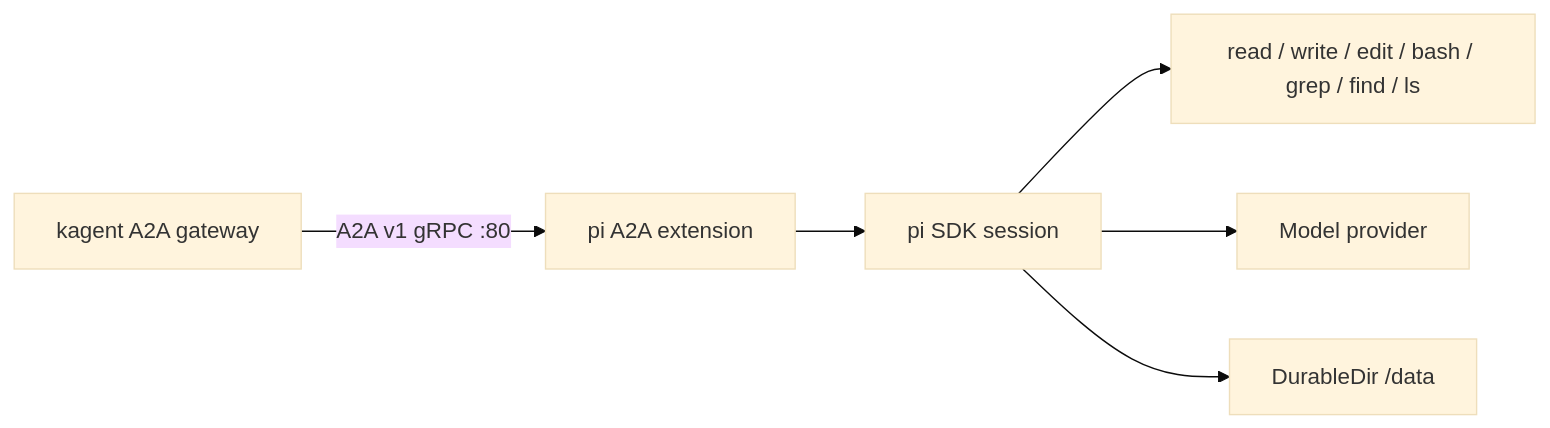
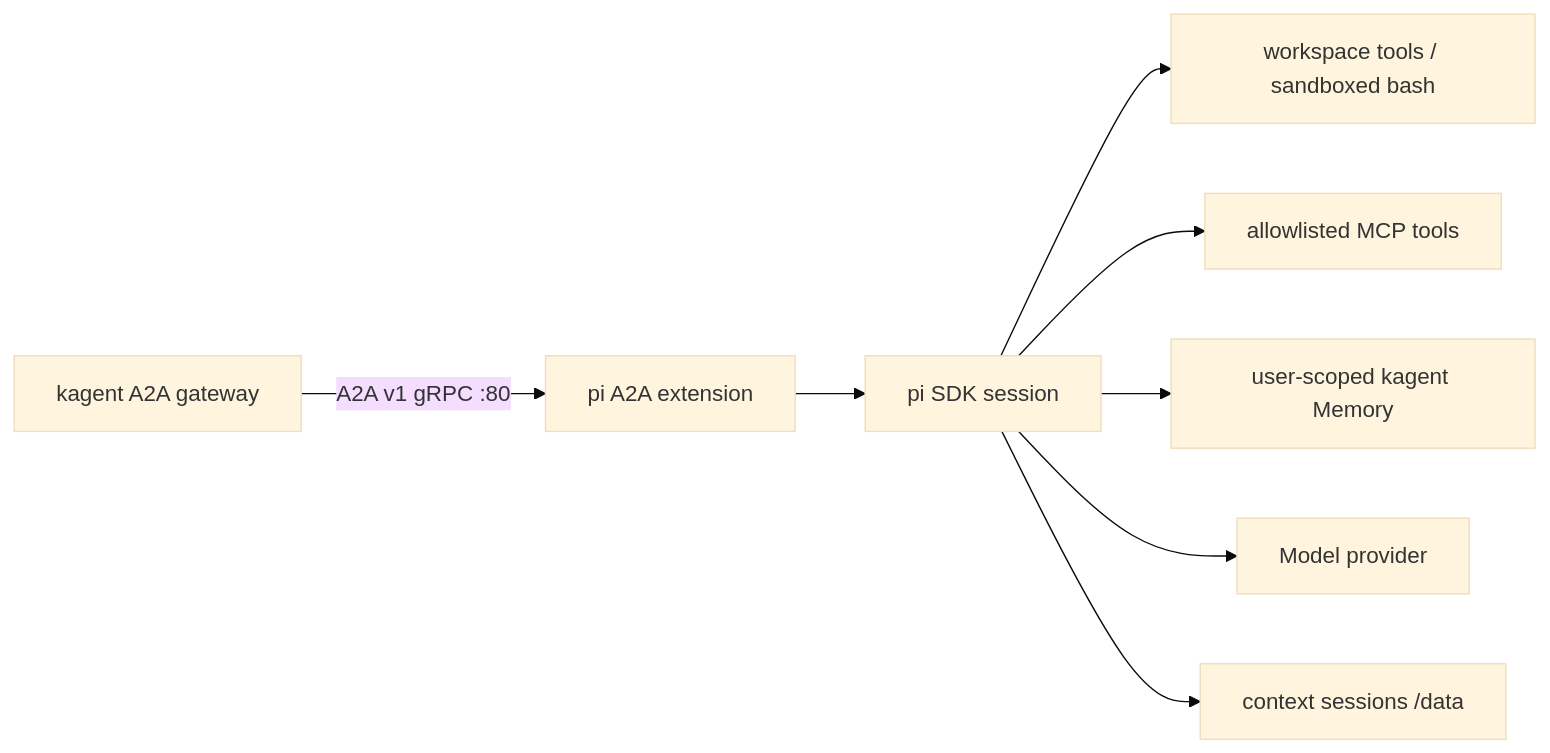
The diagram in README.md (narumiruna/kagent-pi-example), drawn with Mermaid (base theme) before and after one commit. The commit also changed other lines of this file and 29 other files, not shown here.

````diff
--- a/README.md
+++ b/README.md
@@ -5,8 +5,10 @@
 ```mermaid
 flowchart LR
     Gateway[kagent A2A gateway] -->|A2A v1 gRPC :80| Extension[pi A2A extension]
     Extension --> SDK[pi SDK session]
-    SDK --> Tools[read / write / edit / bash / grep / find / ls]
+    SDK --> Tools[workspace tools / sandboxed bash]
+    SDK --> MCP[allowlisted MCP tools]
+    SDK --> Memory[user-scoped kagent Memory]
     SDK --> Model[Model provider]
-    SDK --> Data[DurableDir /data]
+    SDK --> Data[context sessions /data]
 ```
````
